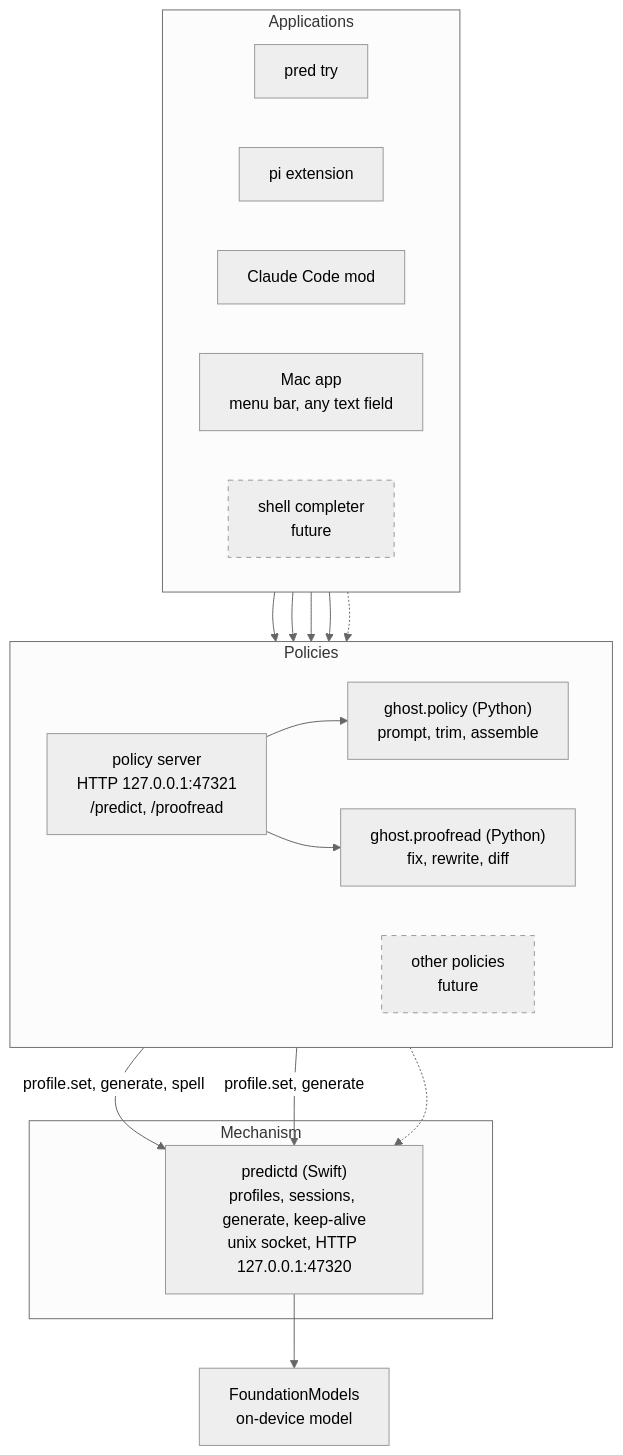
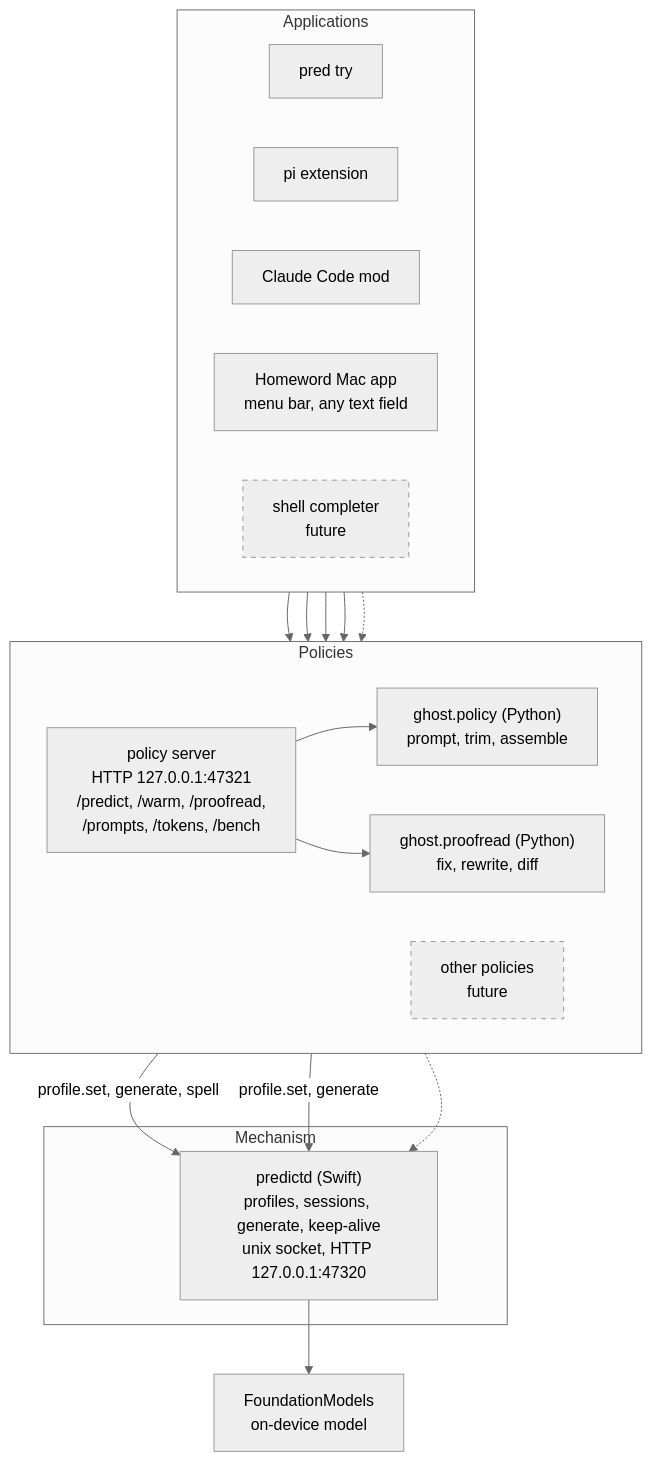
Before and after one commit to FreemanX/Homeword: the first of 5 diagrams in docs/ARCHITECTURE.md, drawn with Mermaid (neutral theme). The commit also changed other lines of this file and 19 other files, not shown here.

First line of the commit message:
Homeword: writing styles per app, prompt editor with benchmark and history, shortcuts, engine controls

````diff
--- a/docs/ARCHITECTURE.md
+++ b/docs/ARCHITECTURE.md
@@ -13,34 +13,34 @@
 ```mermaid
 flowchart TB
     subgraph apps["Applications"]
         direction LR
         try["pred try"]
         pi["pi extension"]
         cc["Claude Code mod"]
-        mac["Mac app<br/>menu bar, any text field"]
+        mac["Homeword Mac app<br/>menu bar, any text field"]
         next["shell completer<br/>future"]:::future
     end
     subgraph policy["Policies"]
         direction LR
-        srv["policy server<br/>HTTP 127.0.0.1:47321<br/>/predict, /proofread"]
+        srv["policy server<br/>HTTP 127.0.0.1:47321<br/>/predict, /warm, /proofread,<br/>/prompts, /tokens, /bench"]
         lib["ghost.policy (Python)<br/>prompt, trim, assemble"]
         pr["ghost.proofread (Python)<br/>fix, rewrite, diff"]
         other["other policies<br/>future"]:::future
     end
     subgraph mech["Mechanism"]
         predictd["predictd (Swift)<br/>profiles, sessions, generate, keep-alive<br/>unix socket, HTTP 127.0.0.1:47320"]
     end
     fm["FoundationModels<br/>on-device model"]
     try --> lib
     pi --> srv
     cc --> srv
     mac --> srv
     next -.-> srv
     srv --> lib
     srv --> pr
     lib -->|"profile.set, generate, spell"| predictd
     pr -->|"profile.set, generate"| predictd
     other -.-> predictd
     predictd --> fm
     classDef future stroke-dasharray: 5 5
 ```
````
